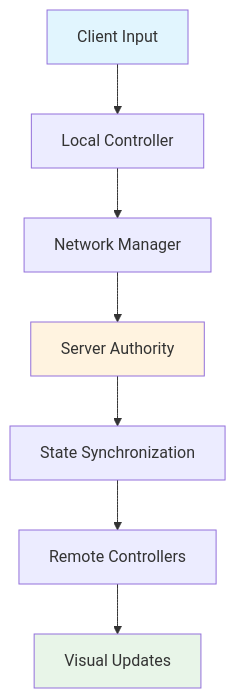
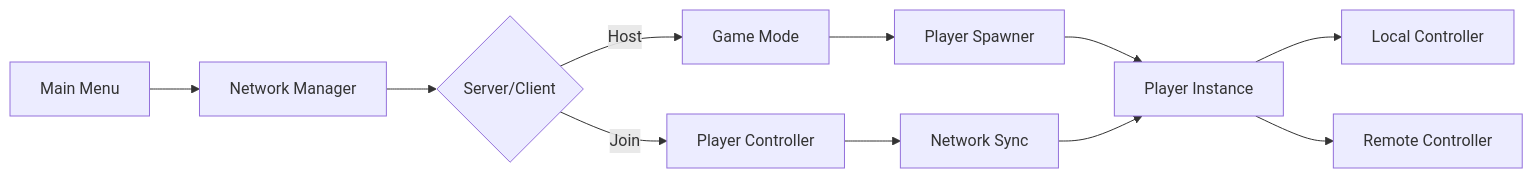
The diagram in README.md (IYanel-DEV/FirstPerson-Multiplayer), drawn with Mermaid before and after one commit.

````diff
--- a/README.md
+++ b/README.md
@@ -143,13 +143,13 @@
 ```mermaid
-graph TB
-	A[Client Input] --> B[Local Controller]
-	B --> C[Network Manager]
-	C --> D[Server Authority]
-	D --> E[State Synchronization]
-	E --> F[Remote Controllers]
-	F --> G[Visual Updates]
-	
-	style A fill:#e1f5fe
-	style D fill:#fff3e0
-	style G fill:#e8f5e8
+graph LR
+    A[Main Menu] --> B[Network Manager]
+    B --> C{Server/Client}
+    C -->|Host| D[Game Mode]
+    C -->|Join| E[Player Controller]
+    D --> F[Player Spawner]
+    E --> G[Network Sync]
+    F --> H[Player Instance]
+    G --> H
+    H --> I[Local Controller]
+    H --> J[Remote Controller]
 ```
````
